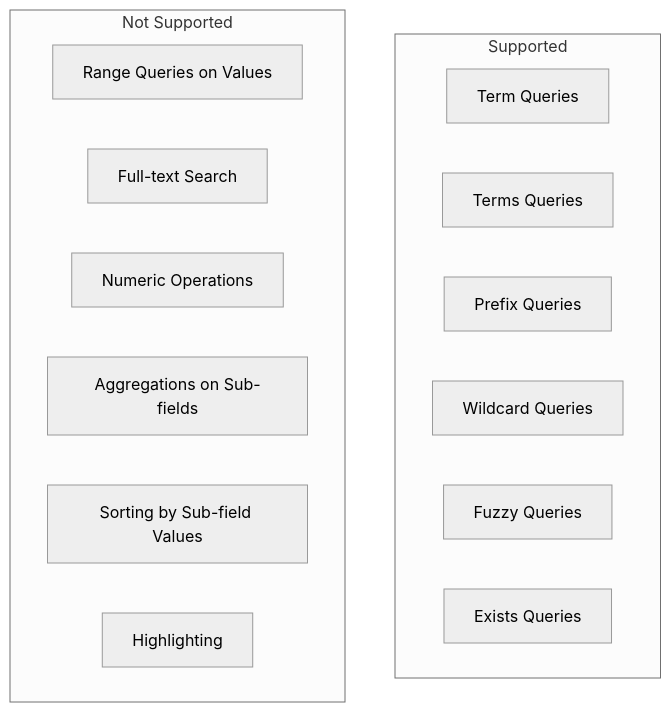
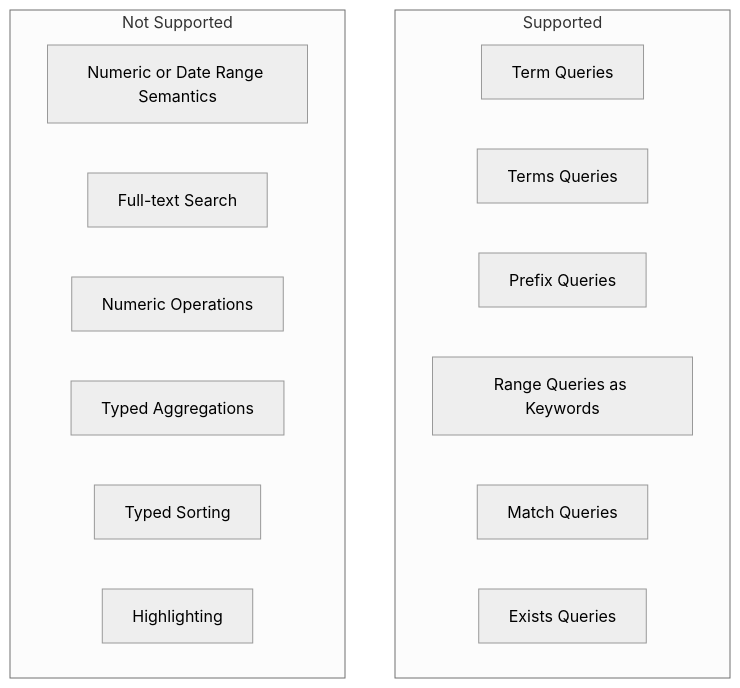
Before and after one commit to OneUptime/blog: the third of 4 diagrams in posts/2026-01-30-elasticsearch-flattened-fields/README.md, drawn with Mermaid (neutral theme). The commit also changed other lines of this file and 2 other files, not shown here.

Commit message:
validate: 2026-01-30-elasticsearch-flattened-fields

````diff
--- a/posts/2026-01-30-elasticsearch-flattened-fields/README.md
+++ b/posts/2026-01-30-elasticsearch-flattened-fields/README.md
@@ -274,20 +275,20 @@
 ```mermaid
 flowchart TD
     subgraph Supported
         A[Term Queries]
         B[Terms Queries]
         C[Prefix Queries]
-        D[Wildcard Queries]
-        E[Fuzzy Queries]
+        D[Range Queries as Keywords]
+        E[Match Queries]
         F[Exists Queries]
     end
 
     subgraph Not Supported
-        G[Range Queries on Values]
+        G[Numeric or Date Range Semantics]
         H[Full-text Search]
         I[Numeric Operations]
-        J[Aggregations on Sub-fields]
-        K[Sorting by Sub-field Values]
+        J[Typed Aggregations]
+        K[Typed Sorting]
         L[Highlighting]
     end
 ```
````
